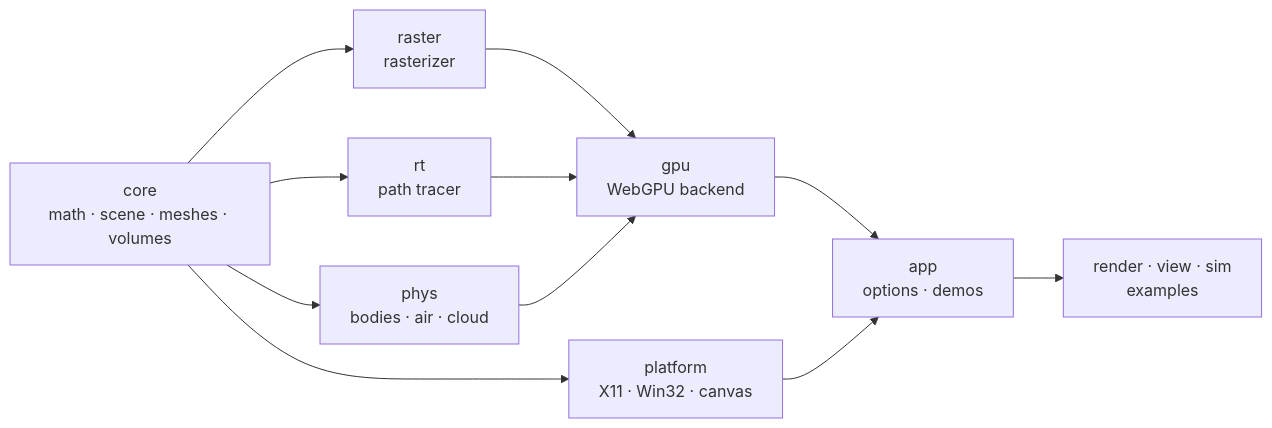
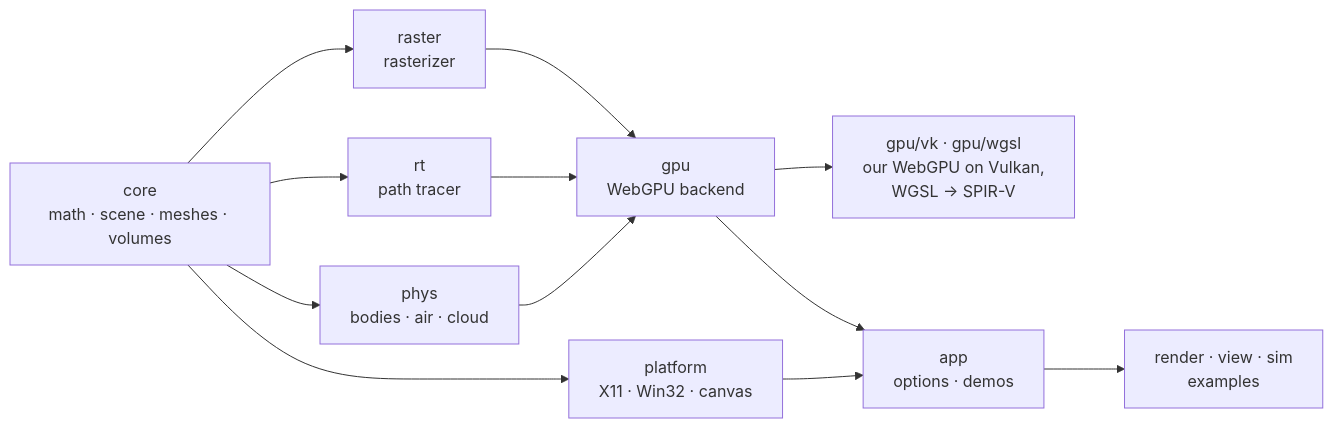
The diagram in README.md (logicesecutor/little_renderer), drawn with Mermaid before and after one commit. The commit also changed other lines of this file and 2 other files, not shown here.

First line of the commit message:
README: our Vulkan layer, the physics at scale, the sky demo's picture and GIF

````diff
--- a/README.md
+++ b/README.md
@@ -82,13 +94,14 @@
 ```mermaid
 flowchart LR
     core["core<br/>math · scene · meshes · volumes"] --> raster["raster<br/>rasterizer"]
     core --> rt["rt<br/>path tracer"]
     core --> phys["phys<br/>bodies · air · cloud"]
     core --> platform["platform<br/>X11 · Win32 · canvas"]
     raster --> gpu["gpu<br/>WebGPU backend"]
     rt --> gpu
     phys --> gpu
+    gpu --> vk["gpu/vk · gpu/wgsl<br/>our WebGPU on Vulkan,<br/>WGSL → SPIR-V"]
     gpu --> app["app<br/>options · demos"]
     platform --> app
     app --> programs["render · view · sim<br/>examples"]
 ```
````
